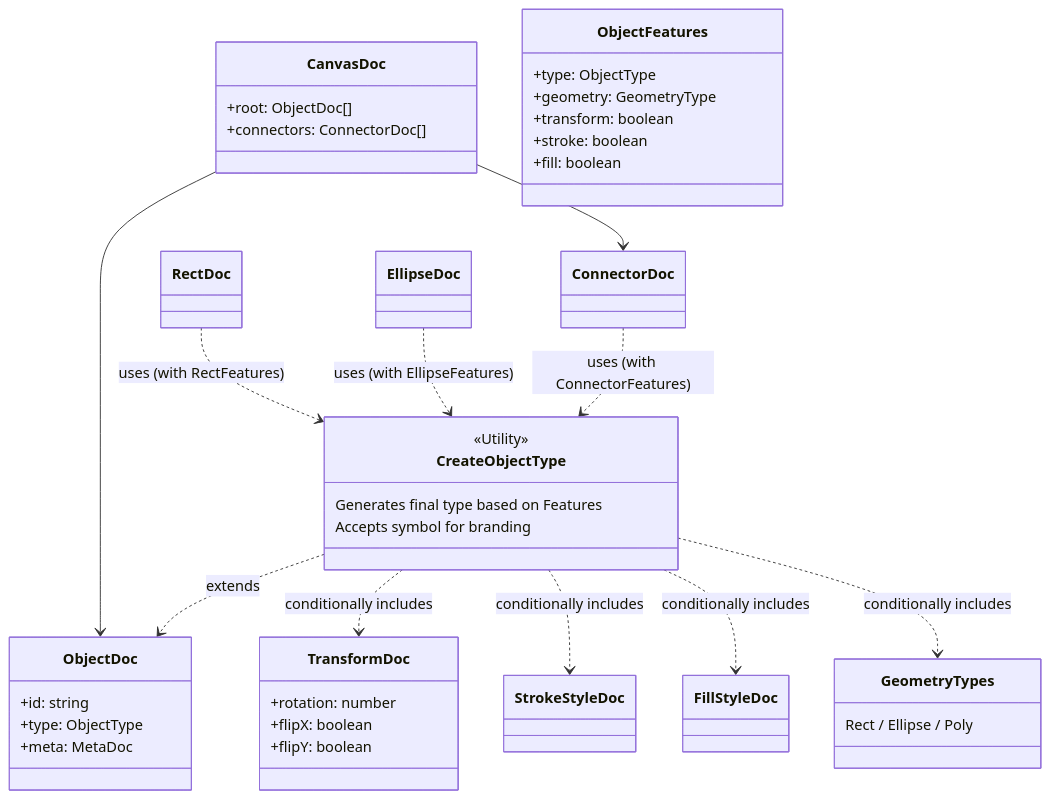
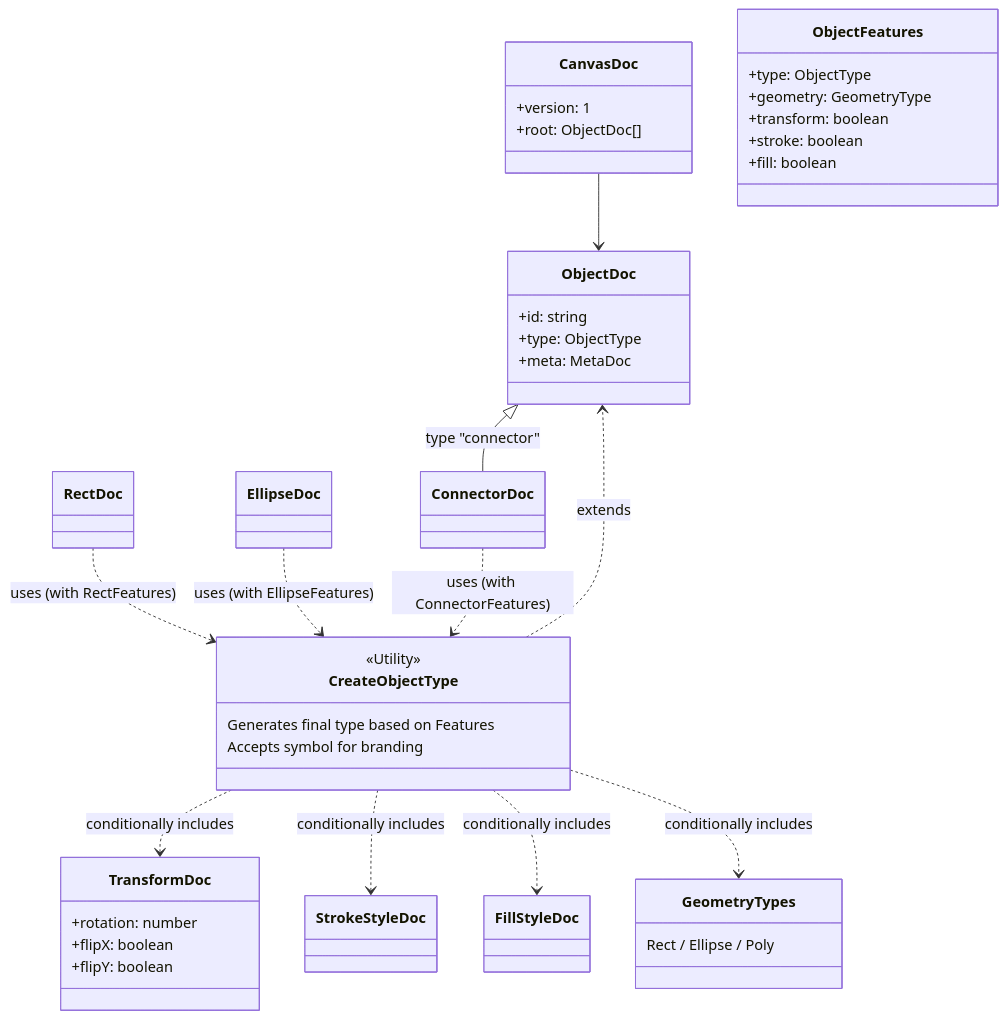
One commit to gznnk/jiscribe changed the diagram in packages/canvas/src/schemas/README.md. Above: the diagram before and after it, drawn with Mermaid. The commit also changed 8 other files, not shown here.

````diff
--- a/packages/canvas/src/schemas/README.md
+++ b/packages/canvas/src/schemas/README.md
@@ -22,61 +22,64 @@
 ```mermaid
 classDiagram
     %% Core Types
     class CanvasDoc {
+        +version: 1
         +root: ObjectDoc[]
-        +connectors: ConnectorDoc[]
     }
+    %% NOTE: connectors are NOT a top-level field. They live inside `root`
+    %% as `type: "connector"` entries, mixed with shapes in z-order.
+    %% validateStructure explicitly rejects a top-level `connectors` array.
 
     class ObjectDoc {
         +id: string
         +type: ObjectType
         +meta: MetaDoc
     }
 
     %% Features & Utils
     class ObjectFeatures {
         +type: ObjectType
         +geometry: GeometryType
         +transform: boolean
         +stroke: boolean
         +fill: boolean
     }
 
     class CreateObjectType {
         <<Utility>>
         Generates final type based on Features
         Accepts symbol for branding
     }
 
     %% Component Parts
     class TransformDoc {
         +rotation: number
         +flipX: boolean
         +flipY: boolean
     }
     class StrokeStyleDoc
     class FillStyleDoc
     class GeometryTypes {
         Rect / Ellipse / Poly
     }
 
     %% Relationships
     CanvasDoc --> ObjectDoc
-    CanvasDoc --> ConnectorDoc
+    ObjectDoc <|-- ConnectorDoc : type "connector"
 
     %% Composition Logic
     CreateObjectType ..> ObjectDoc : extends
     CreateObjectType ..> TransformDoc : conditionally includes
     CreateObjectType ..> StrokeStyleDoc : conditionally includes
     CreateObjectType ..> FillStyleDoc : conditionally includes
     CreateObjectType ..> GeometryTypes : conditionally includes
 
     %% Concrete Implementations
     class RectDoc
     class EllipseDoc
     class ConnectorDoc
 
     RectDoc ..> CreateObjectType : uses (with RectFeatures)
     EllipseDoc ..> CreateObjectType : uses (with EllipseFeatures)
     ConnectorDoc ..> CreateObjectType : uses (with ConnectorFeatures)
 ```
````
